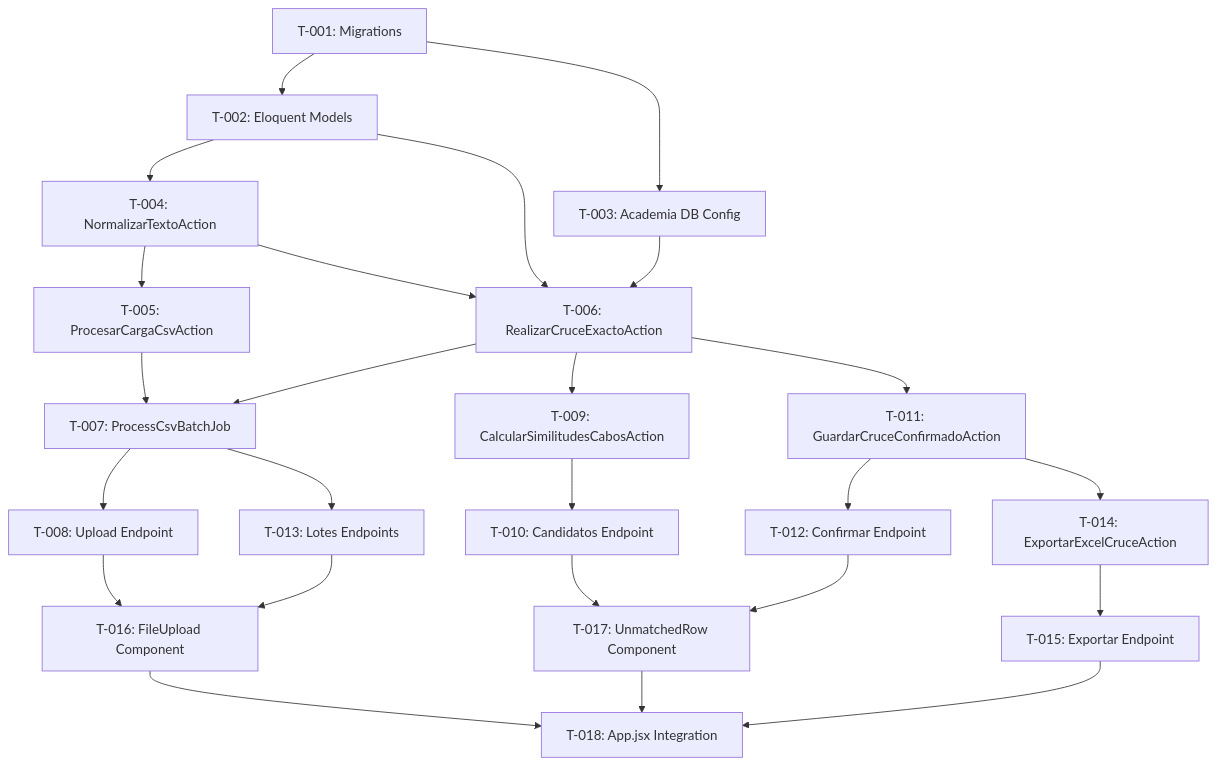
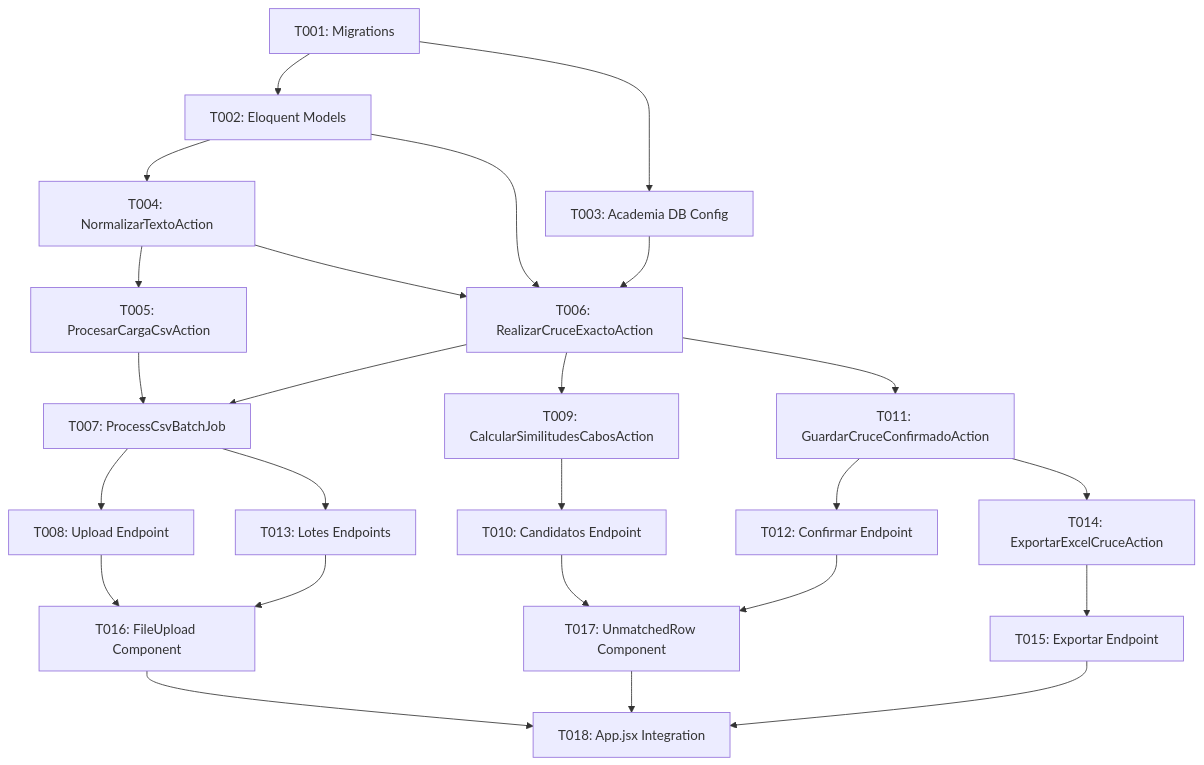
One commit to renzo971/proyectovonex changed the diagram in .specify/specs/001-motor-cruce-ingresantes/tasks.md. Above: the diagram before and after it, drawn with Mermaid. The commit also changed other lines of this file, not shown here.

Commit message:
docs(cruce): alinear tasks.md con la plantilla estandar de tareas

````diff
--- a/.specify/specs/001-motor-cruce-ingresantes/tasks.md
+++ b/.specify/specs/001-motor-cruce-ingresantes/tasks.md
@@ -13,27 +561,27 @@
 ```mermaid
 graph TD
-    T01["T-001: Migrations"] --> T02["T-002: Eloquent Models"]
-    T01 --> T03["T-003: Academia DB Config"]
-    T02 --> T04["T-004: NormalizarTextoAction"]
-    T04 --> T05["T-005: ProcesarCargaCsvAction"]
-    T03 --> T06["T-006: RealizarCruceExactoAction"]
-    T02 --> T06
-    T04 --> T06
-    T05 --> T07["T-007: ProcessCsvBatchJob"]
-    T06 --> T07
-    T07 --> T08["T-008: Upload Endpoint"]
-    T06 --> T09["T-009: CalcularSimilitudesCabosAction"]
-    T09 --> T10["T-010: Candidatos Endpoint"]
-    T06 --> T11["T-011: GuardarCruceConfirmadoAction"]
-    T11 --> T12["T-012: Confirmar Endpoint"]
-    T07 --> T13["T-013: Lotes Endpoints"]
-    T11 --> T14["T-014: ExportarExcelCruceAction"]
-    T14 --> T15["T-015: Exportar Endpoint"]
-    T08 --> T16["T-016: FileUpload Component"]
-    T13 --> T16
-    T10 --> T17["T-017: UnmatchedRow Component"]
-    T12 --> T17
-    T16 --> T18["T-018: App.jsx Integration"]
-    T17 --> T18
-    T15 --> T18
+    T001[T001: Migrations] --> T002[T002: Eloquent Models]
+    T001 --> T003[T003: Academia DB Config]
+    T002 --> T004[T004: NormalizarTextoAction]
+    T004 --> T005[T005: ProcesarCargaCsvAction]
+    T003 --> T006[T006: RealizarCruceExactoAction]
+    T002 --> T006
+    T004 --> T006
+    T005 --> T007[T007: ProcessCsvBatchJob]
+    T006 --> T007
+    T007 --> T008[T008: Upload Endpoint]
+    T006 --> T009[T009: CalcularSimilitudesCabosAction]
+    T009 --> T010[T010: Candidatos Endpoint]
+    T006 --> T011[T011: GuardarCruceConfirmadoAction]
+    T011 --> T012[T012: Confirmar Endpoint]
+    T007 --> T013[T013: Lotes Endpoints]
+    T011 --> T014[T014: ExportarExcelCruceAction]
+    T014 --> T015[T015: Exportar Endpoint]
+    T008 --> T016[T016: FileUpload Component]
+    T013 --> T016
+    T010 --> T017[T017: UnmatchedRow Component]
+    T012 --> T017
+    T016 --> T018[T018: App.jsx Integration]
+    T017 --> T018
+    T015 --> T018
 ```
````
